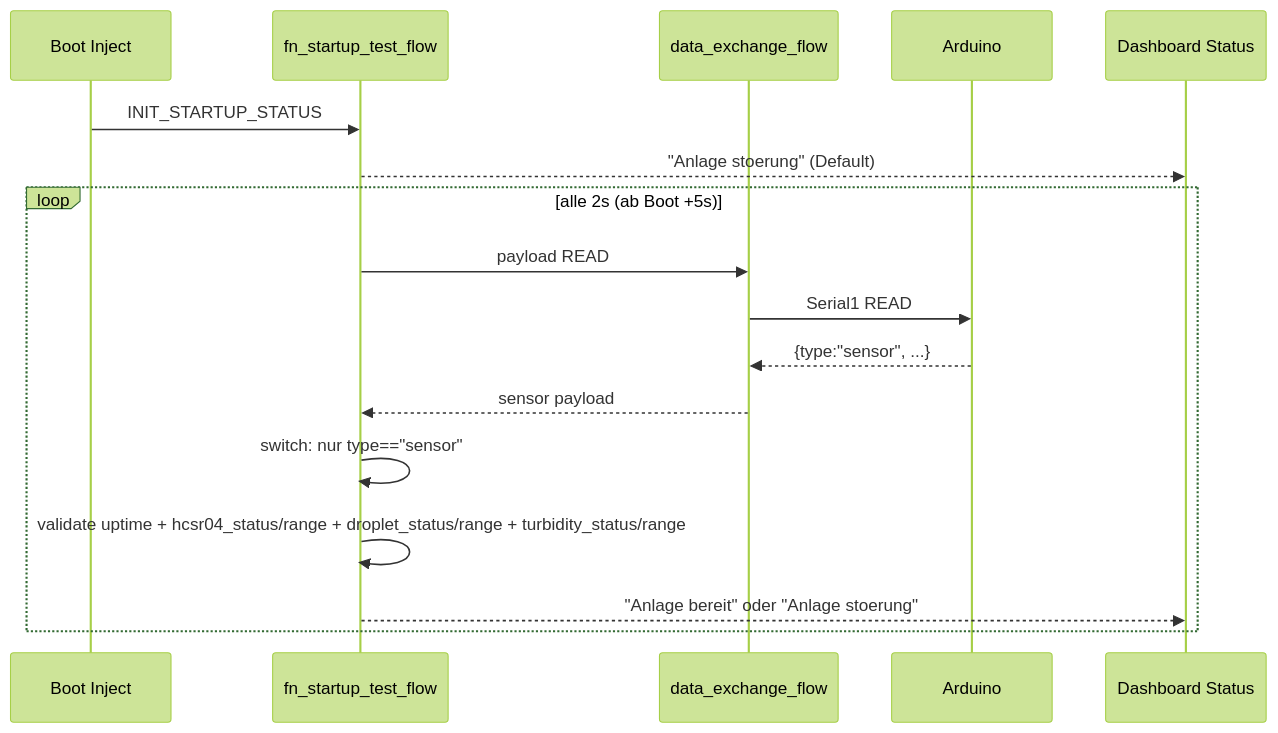
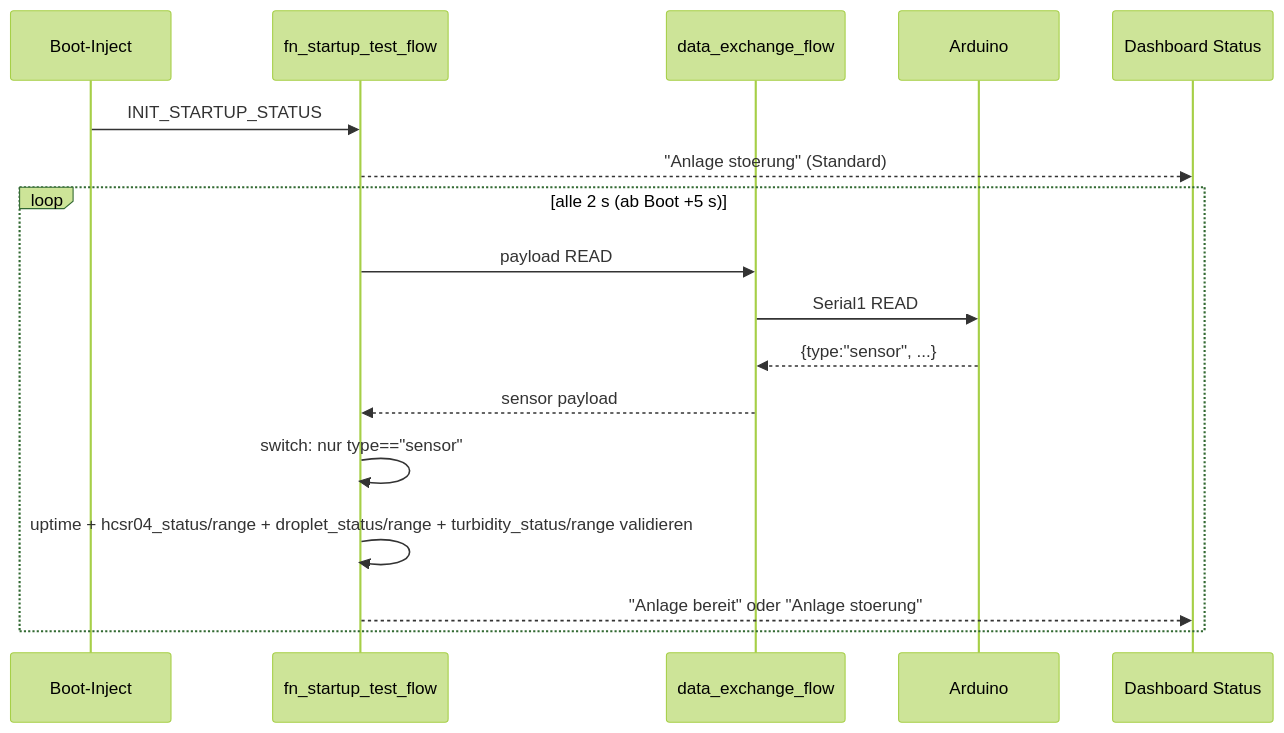
Before and after one commit to HerrnDK/Projekt: the eighth of 13 diagrams in nodered/flows/FLOW_ARCHITEKTUR_PLAN.md, drawn with Mermaid (forest theme). The commit also changed other lines of this file and 11 other files, not shown here.

````diff
--- a/nodered/flows/FLOW_ARCHITEKTUR_PLAN.md
+++ b/nodered/flows/FLOW_ARCHITEKTUR_PLAN.md
@@ -170,21 +170,21 @@
 ```mermaid
 sequenceDiagram
-  participant Boot as Boot Inject
+  participant Boot as Boot-Inject
   participant ST as fn_startup_test_flow
   participant X as data_exchange_flow
   participant A as Arduino
   participant D as Dashboard Status
 
   Boot->>ST: INIT_STARTUP_STATUS
-  ST-->>D: "Anlage stoerung" (Default)
+  ST-->>D: "Anlage stoerung" (Standard)
 
-  loop alle 2s (ab Boot +5s)
+  loop alle 2 s (ab Boot +5 s)
     ST->>X: payload READ
     X->>A: Serial1 READ
     A-->>X: {type:"sensor", ...}
     X-->>ST: sensor payload
     ST->>ST: switch: nur type=="sensor"
-    ST->>ST: validate uptime + hcsr04_status/range + droplet_status/range + turbidity_status/range
+    ST->>ST: uptime + hcsr04_status/range + droplet_status/range + turbidity_status/range validieren
     ST-->>D: "Anlage bereit" oder "Anlage stoerung"
   end
 ```
````
